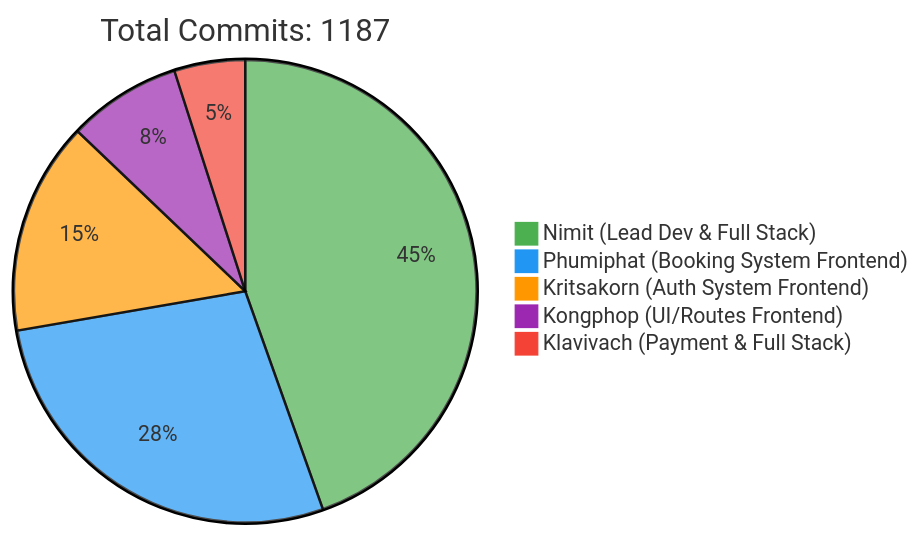
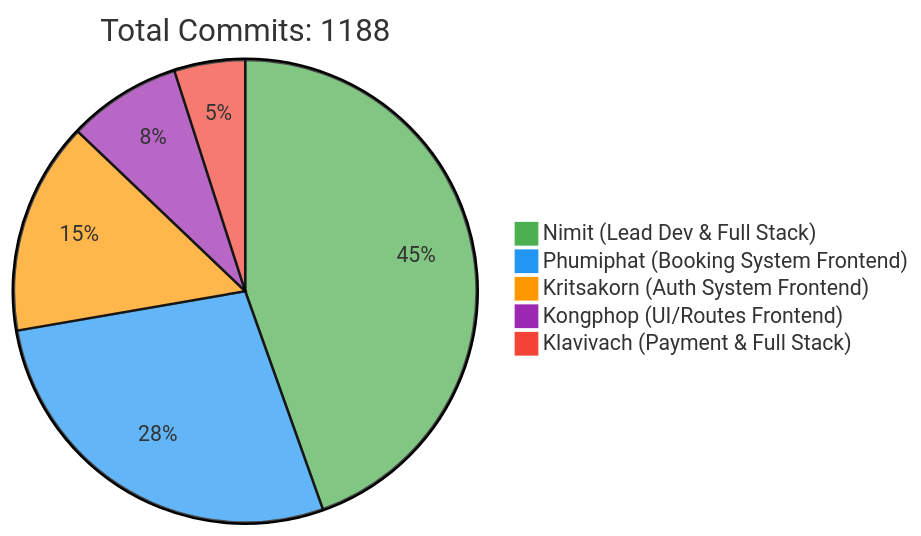
The first of 2 diagrams in README.md (6531503042/Sport-Complex), drawn with Mermaid before and after one commit. The commit also changed other lines of this file, not shown here.

Commit message:
docs: Update contributor statistics [skip ci]

````diff
--- a/README.md
+++ b/README.md
@@ -257,10 +257,10 @@
 ```mermaid
 %%{init: {'theme': 'base', 'themeVariables': { 'pie1': '#4CAF50', 'pie2': '#2196F3', 'pie3': '#FF9800', 'pie4': '#9C27B0', 'pie5': '#F44336'}}}%%
 pie
-    title Total Commits: 1187
+    title Total Commits: 1188
     "Nimit (Lead Dev & Full Stack)" : 450
     "Phumiphat (Booking System Frontend)" : 280
     "Kritsakorn (Auth System Frontend)" : 150
     "Kongphop (UI/Routes Frontend)" : 80
     "Klavivach (Payment & Full Stack)" : 50
 ```
````
